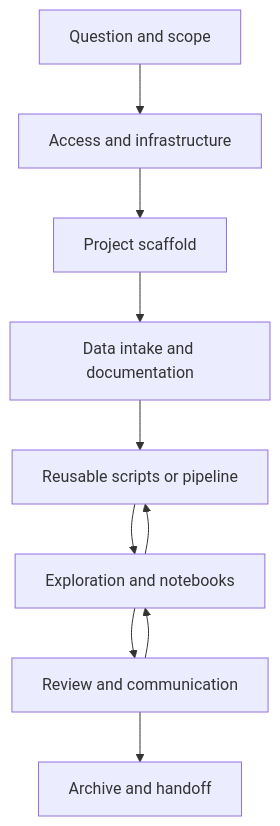
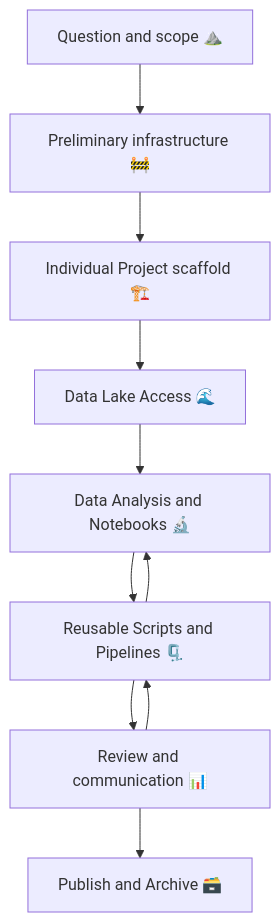
Before and after one commit to GoldenPlanetaryHealthLab/GoldenPlanetaryHealthLab.github.io: the diagram in 01_orientation/workflow-roadmap.qmd, drawn with Mermaid. The commit also changed other lines of this file and 18 other files, not shown here.

````diff
--- a/01_orientation/workflow-roadmap.qmd
+++ b/01_orientation/workflow-roadmap.qmd
@@ -7,13 +8,13 @@
 ```{mermaid}
 flowchart TD
-  A[Question and scope] --> B[Access and infrastructure]
-  B --> C[Project scaffold]
-  C --> D[Data intake and documentation]
-  D --> E[Reusable scripts or pipeline]
-  E --> F[Exploration and notebooks]
-  F --> G[Review and communication]
+  A[Question and scope ⛰️] --> B[Preliminary infrastructure 🚧]
+  B --> C[Individual Project scaffold 🏗️]
+  C --> D[Data Lake Access 🌊]
+  D --> E[Data Analysis and Notebooks 🔬]
+  E --> F[Reusable Scripts and Pipelines 🗜️]
+  F --> G[Review and communication 📊]
   F --> E
   G --> F
-  G --> H[Archive and handoff]
+  G --> H[Publish and Archive 🗃️]
 
 ```
````
